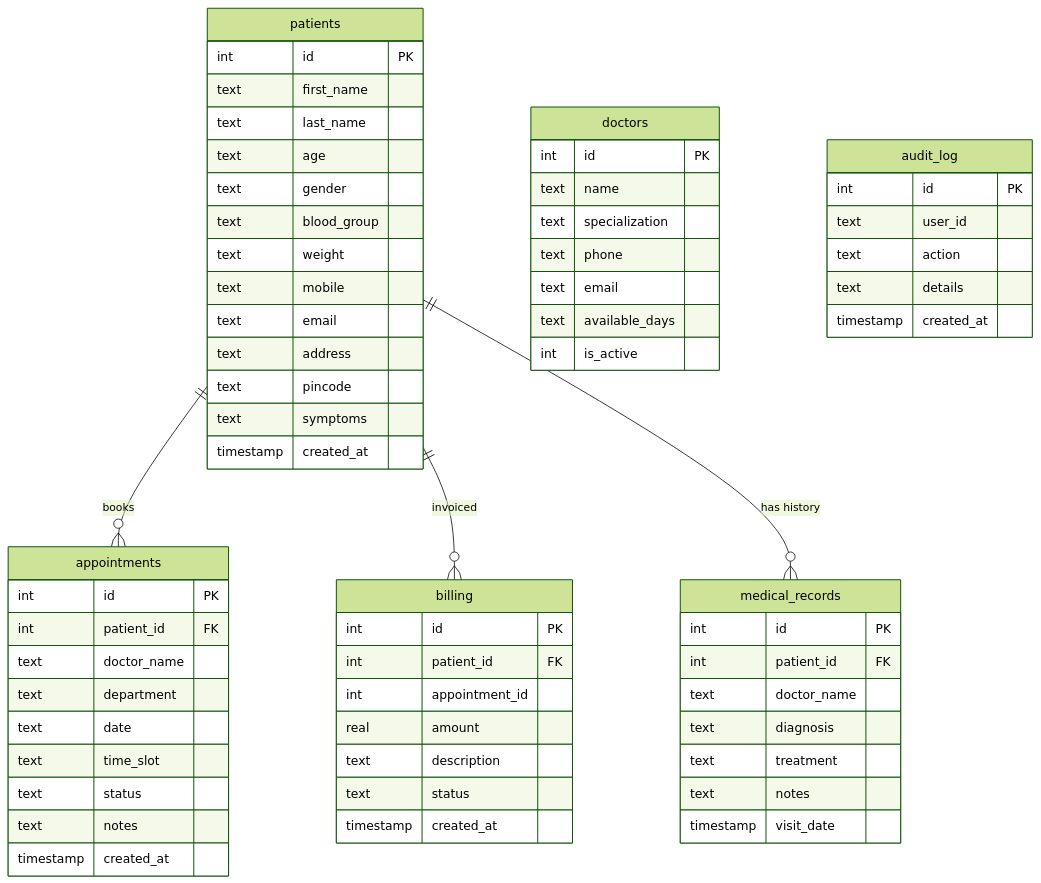
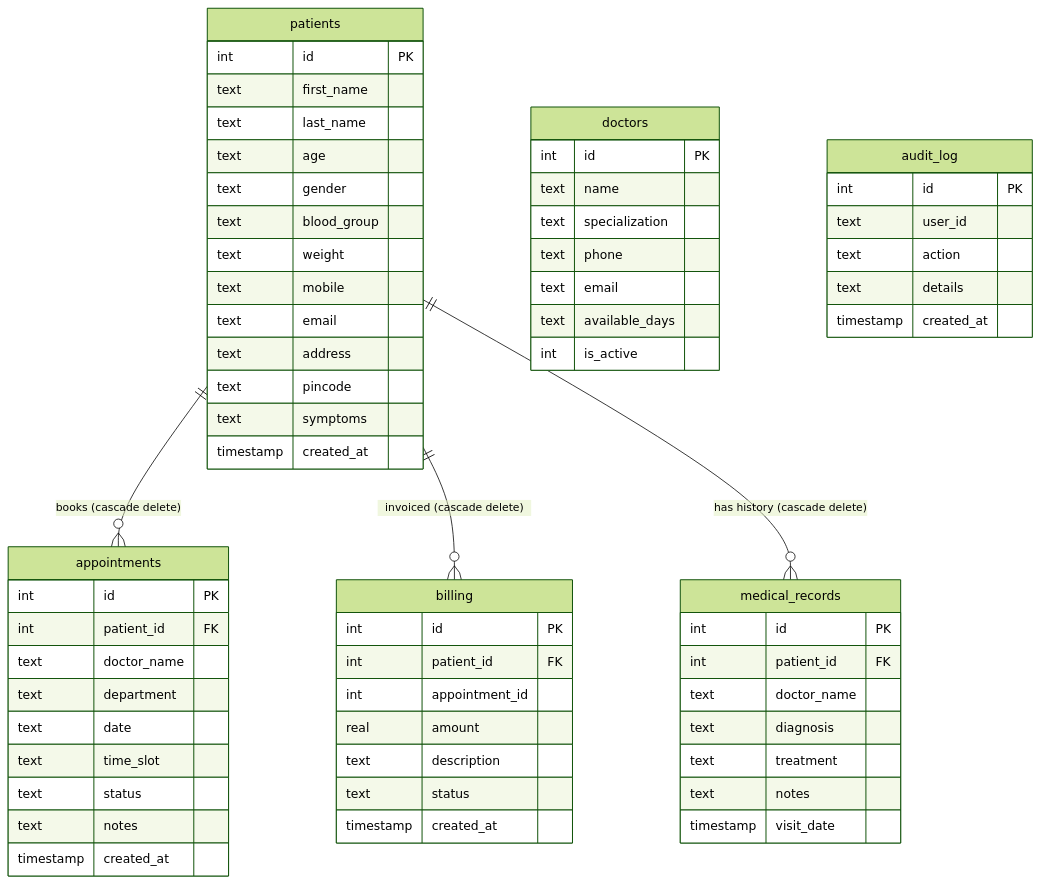
The second of 2 diagrams in README.md (AadityaBhuree/WellCare-Hospital-System), drawn with Mermaid (forest theme) before and after one commit. The commit also changed other lines of this file, not shown here.

````diff
--- a/README.md
+++ b/README.md
@@ -156,72 +162,72 @@
 ```mermaid
 erDiagram
     patients {
         int id PK
         text first_name
         text last_name
         text age
         text gender
         text blood_group
         text weight
         text mobile
         text email
         text address
         text pincode
         text symptoms
         timestamp created_at
     }
 
     appointments {
         int id PK
         int patient_id FK
         text doctor_name
         text department
         text date
         text time_slot
         text status
         text notes
         timestamp created_at
     }
 
     doctors {
         int id PK
         text name
         text specialization
         text phone
         text email
         text available_days
         int is_active
     }
 
     billing {
         int id PK
         int patient_id FK
         int appointment_id
         real amount
         text description
         text status
         timestamp created_at
     }
 
     medical_records {
         int id PK
         int patient_id FK
         text doctor_name
         text diagnosis
         text treatment
         text notes
         timestamp visit_date
     }
 
     audit_log {
         int id PK
         text user_id
         text action
         text details
         timestamp created_at
     }
 
-    patients ||--o{ appointments : "books"
-    patients ||--o{ billing : "invoiced"
-    patients ||--o{ medical_records : "has history"
+    patients ||--o{ appointments : "books (cascade delete)"
+    patients ||--o{ billing : "invoiced (cascade delete)"
+    patients ||--o{ medical_records : "has history (cascade delete)"
 ```
````
